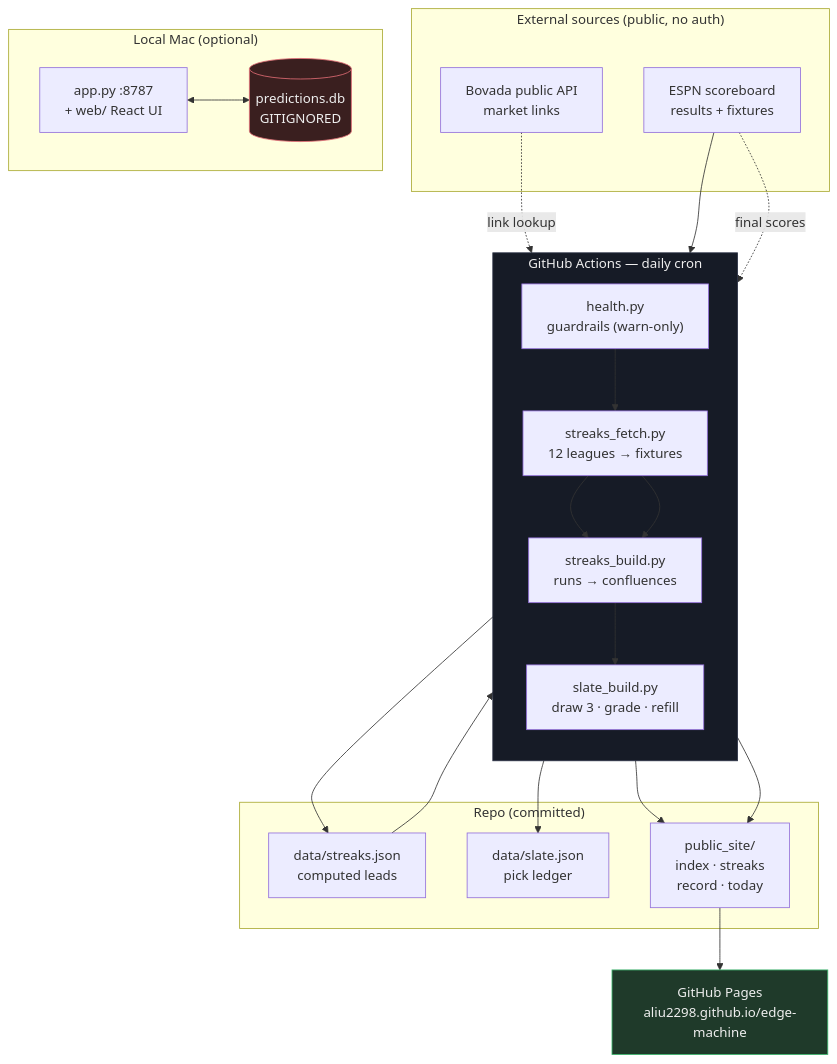
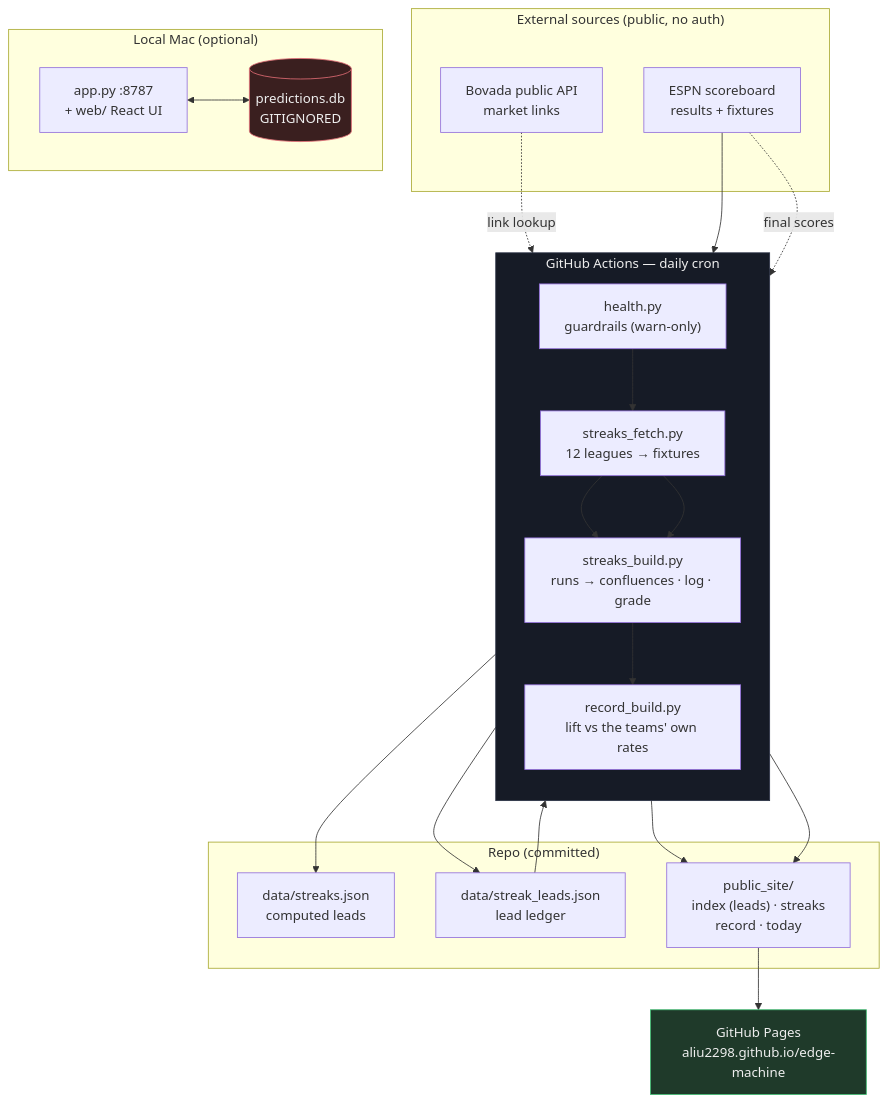
Before and after one commit to aliu2298/edge-machine: the diagram in README.md, drawn with Mermaid. The commit also changed other lines of this file and 21 other files, not shown here.

First line of the commit message:
Retire the 3-card slate; Leads becomes the front page

````diff
--- a/README.md
+++ b/README.md
@@ -19,42 +18,43 @@
 ```mermaid
 flowchart TB
     subgraph CI["GitHub Actions — daily cron"]
         direction TB
         HC["health.py<br/>guardrails (warn-only)"]
         SF["streaks_fetch.py<br/>12 leagues → fixtures"]
-        SB["streaks_build.py<br/>runs → confluences"]
-        SL["slate_build.py<br/>draw 3 · grade · refill"]
-        HC --> SF --> SB --> SL
+        SB["streaks_build.py<br/>runs → confluences · log · grade"]
+        RB["record_build.py<br/>lift vs the teams' own rates"]
+        HC --> SF --> SB --> RB
     end
 
     subgraph EXT["External sources (public, no auth)"]
         BOV["Bovada public API<br/>market links"]
         ESPN["ESPN scoreboard<br/>results + fixtures"]
     end
 
     subgraph REPO["Repo (committed)"]
         SJ["data/streaks.json<br/>computed leads"]
-        SLJ["data/slate.json<br/>pick ledger"]
-        OUT["public_site/<br/>index · streaks<br/>record · today"]
+        SLJ["data/streak_leads.json<br/>lead ledger"]
+        OUT["public_site/<br/>index (leads) · streaks<br/>record · today"]
     end
 
     subgraph LOCAL["Local Mac (optional)"]
         APP["app.py :8787<br/>+ web/ React UI"]
         DB[("predictions.db<br/>GITIGNORED")]
         APP <--> DB
     end
 
     BOV -.link lookup.-> SB
     ESPN --> SF
-    ESPN -.final scores.-> SL
+    ESPN -.final scores.-> SB
 
-    SF --> SB --> SJ --> SL --> SLJ
+    SF --> SB --> SJ
+    SB --> SLJ --> RB
     SB --> OUT
-    SL --> OUT
+    RB --> OUT
 
     OUT --> PAGES["GitHub Pages<br/>aliu2298.github.io/edge-machine"]
 
     style DB fill:#3a1f1f,stroke:#e06c75,color:#eee
     style PAGES fill:#1f3a2a,stroke:#3fb970,color:#eee
     style CI fill:#161b26,stroke:#2b3245,color:#eee
 ```
````
